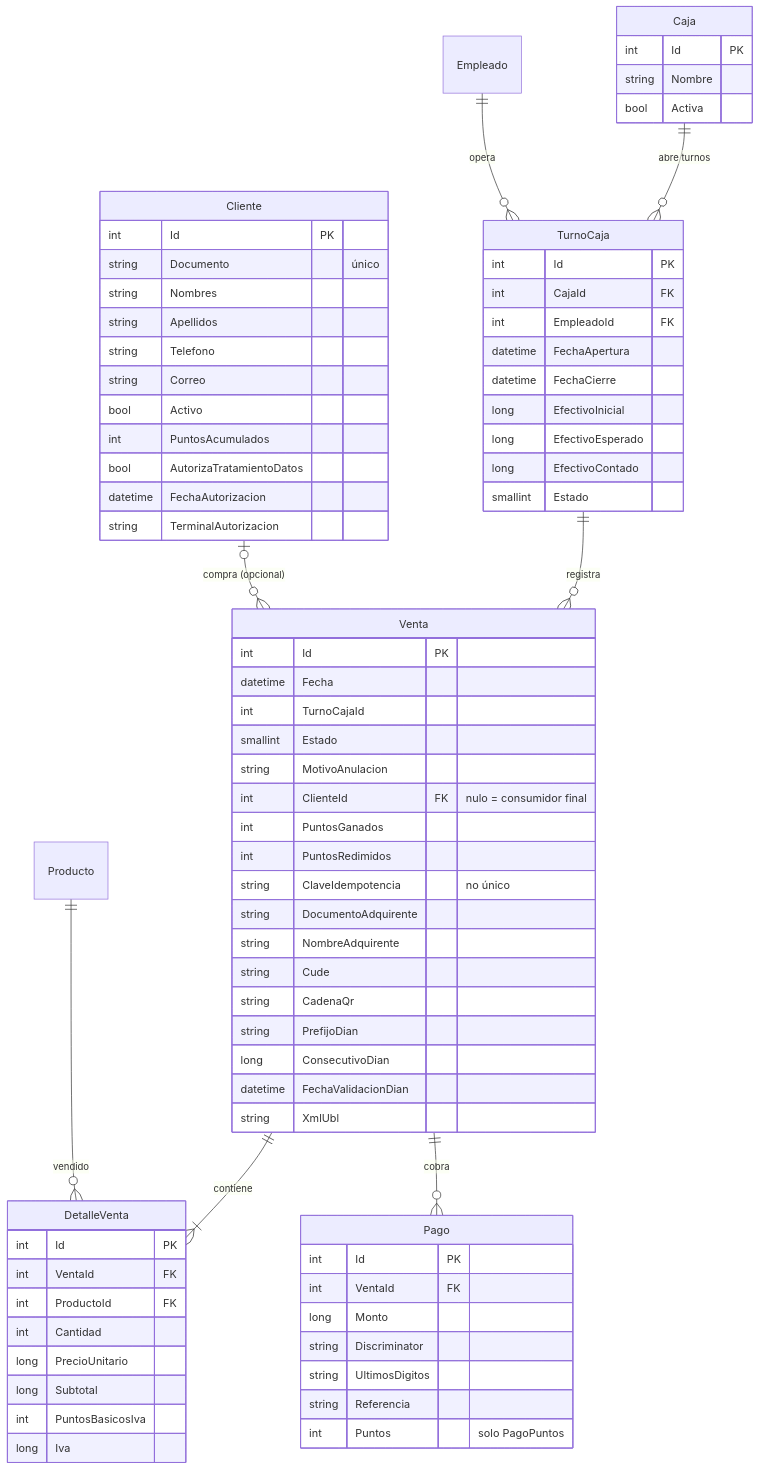
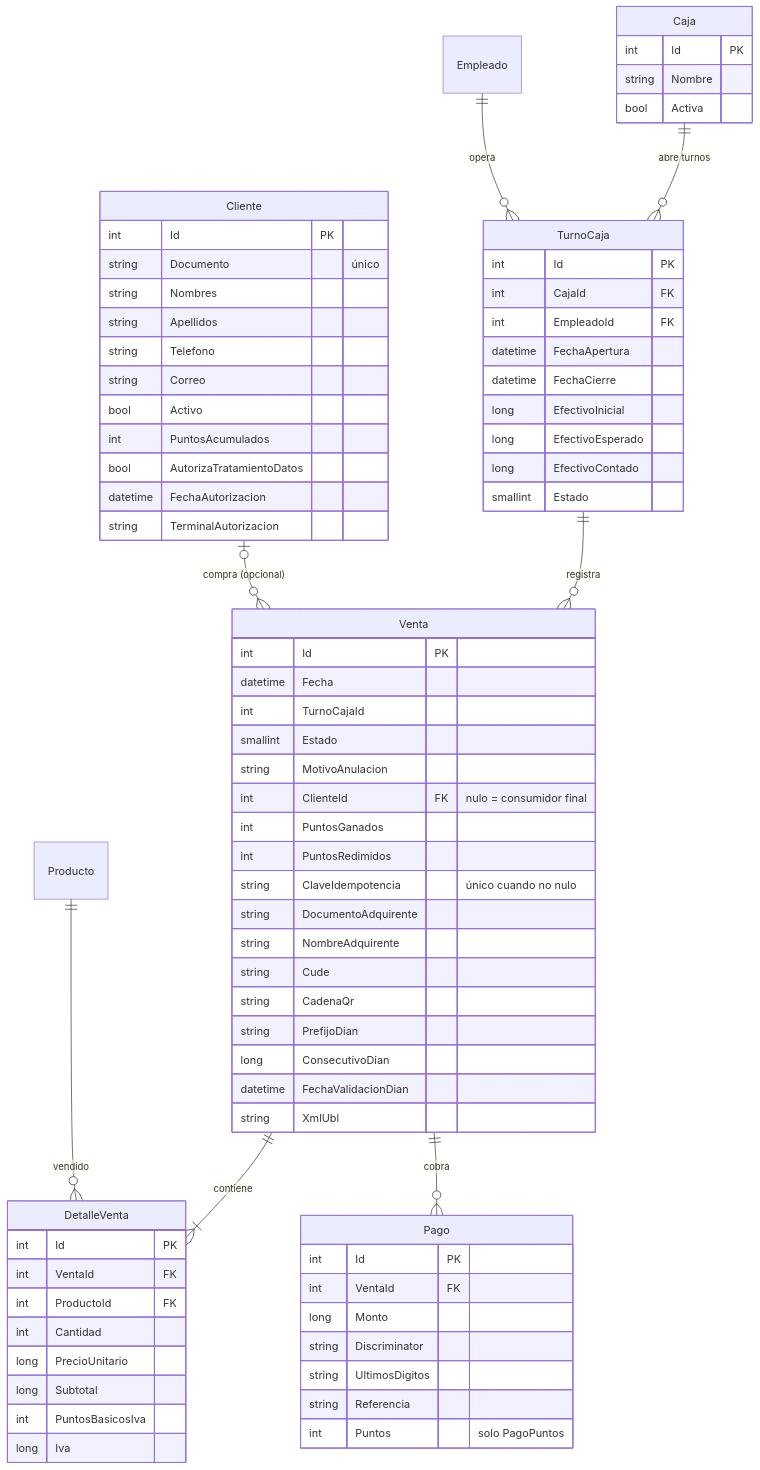
One commit to Brimx/SIGS changed the third of 7 diagrams in docs/modelo-er.md. Above: the diagram before and after it, drawn with Mermaid. The commit also changed other lines of this file and 9 other files, not shown here.

````diff
--- a/docs/modelo-er.md
+++ b/docs/modelo-er.md
@@ -105,78 +105,78 @@
 ```mermaid
 erDiagram
     Caja ||--o{ TurnoCaja : "abre turnos"
     Empleado ||--o{ TurnoCaja : "opera"
     TurnoCaja ||--o{ Venta : registra
     Venta ||--|{ DetalleVenta : contiene
     Venta ||--o{ Pago : cobra
     Cliente |o--o{ Venta : "compra (opcional)"
     Producto ||--o{ DetalleVenta : vendido
 
     Caja {
         int Id PK
         string Nombre
         bool Activa
     }
     TurnoCaja {
         int Id PK
         int CajaId FK
         int EmpleadoId FK
         datetime FechaApertura
         datetime FechaCierre
         long EfectivoInicial
         long EfectivoEsperado
         long EfectivoContado
         smallint Estado
     }
     Venta {
         int Id PK
         datetime Fecha
         int TurnoCajaId
         smallint Estado
         string MotivoAnulacion
         int ClienteId FK "nulo = consumidor final"
         int PuntosGanados
         int PuntosRedimidos
-        string ClaveIdempotencia "no único"
+        string ClaveIdempotencia "único cuando no nulo"
         string DocumentoAdquirente
         string NombreAdquirente
         string Cude
         string CadenaQr
         string PrefijoDian
         long ConsecutivoDian
         datetime FechaValidacionDian
         string XmlUbl
     }
     Cliente {
         int Id PK
         string Documento "único"
         string Nombres
         string Apellidos
         string Telefono
         string Correo
         bool Activo
         int PuntosAcumulados
         bool AutorizaTratamientoDatos
         datetime FechaAutorizacion
         string TerminalAutorizacion
     }
     DetalleVenta {
         int Id PK
         int VentaId FK
         int ProductoId FK
         int Cantidad
         long PrecioUnitario
         long Subtotal
         int PuntosBasicosIva
         long Iva
     }
     Pago {
         int Id PK
         int VentaId FK
         long Monto
         string Discriminator
         string UltimosDigitos
         string Referencia
         int Puntos "solo PagoPuntos"
     }
 ```
````
